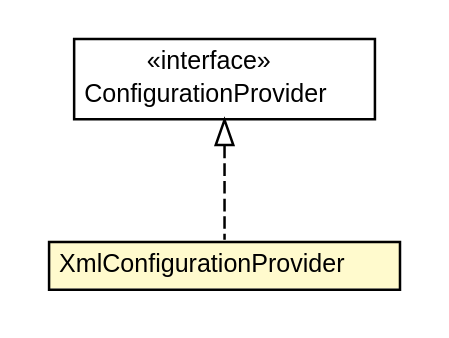
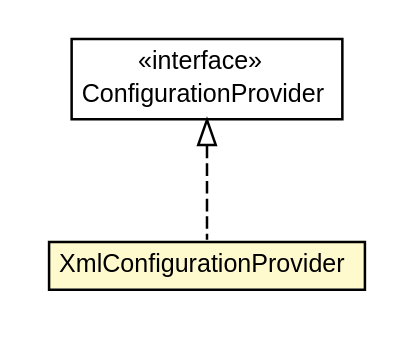
Before and after one commit to trajano/doxdb: the diagram in doxdb-core/apidocs/net/trajano/doxdb/ext/XmlConfigurationProvider.dot, drawn with Graphviz. The commit also changed 257 other files, not shown here.

```diff
--- a/doxdb-core/apidocs/net/trajano/doxdb/ext/XmlConfigurationProvider.dot
+++ b/doxdb-core/apidocs/net/trajano/doxdb/ext/XmlConfigurationProvider.dot
@@ -1,27 +1,27 @@
 #!/usr/local/bin/dot
 #
 # Class diagram 
 # Generated by UMLGraph version R5_6-24-gf6e263 (http://www.umlgraph.org/)
 #
 
 digraph G {
-	edge [fontname="Helvetica",fontsize=10,labelfontname="Helvetica",labelfontsize=10];
-	node [fontname="Helvetica",fontsize=10,shape=plaintext];
+	edge [fontname="arial",fontsize=10,labelfontname="arial",labelfontsize=10];
+	node [fontname="arial",fontsize=10,shape=plaintext];
 	nodesep=0.25;
 	ranksep=0.5;
 	// net.trajano.doxdb.ext.XmlConfigurationProvider
-	c566 [label=<<table title="net.trajano.doxdb.ext.XmlConfigurationProvider" border="0" cellborder="1" cellspacing="0" cellpadding="2" port="p" bgcolor="lemonChiffon" href="./XmlConfigurationProvider.html">
+	c610 [label=<<table title="net.trajano.doxdb.ext.XmlConfigurationProvider" border="0" cellborder="1" cellspacing="0" cellpadding="2" port="p" bgcolor="lemonChiffon" href="./XmlConfigurationProvider.html">
 		<tr><td><table border="0" cellspacing="0" cellpadding="1">
 <tr><td align="center" balign="center"> XmlConfigurationProvider </td></tr>
 		</table></td></tr>
-		</table>>, URL="./XmlConfigurationProvider.html", fontname="Helvetica", fontcolor="black", fontsize=10.0];
+		</table>>, URL="./XmlConfigurationProvider.html", fontname="arial", fontcolor="black", fontsize=10.0];
 	// net.trajano.doxdb.ext.ConfigurationProvider
-	c572 [label=<<table title="net.trajano.doxdb.ext.ConfigurationProvider" border="0" cellborder="1" cellspacing="0" cellpadding="2" port="p" href="./ConfigurationProvider.html">
+	c616 [label=<<table title="net.trajano.doxdb.ext.ConfigurationProvider" border="0" cellborder="1" cellspacing="0" cellpadding="2" port="p" href="./ConfigurationProvider.html">
 		<tr><td><table border="0" cellspacing="0" cellpadding="1">
 <tr><td align="center" balign="center"> &#171;interface&#187; </td></tr>
 <tr><td align="center" balign="center"> ConfigurationProvider </td></tr>
 		</table></td></tr>
-		</table>>, URL="./ConfigurationProvider.html", fontname="Helvetica", fontcolor="black", fontsize=10.0];
+		</table>>, URL="./ConfigurationProvider.html", fontname="arial", fontcolor="black", fontsize=10.0];
 	//net.trajano.doxdb.ext.XmlConfigurationProvider implements net.trajano.doxdb.ext.ConfigurationProvider
-	c572:p -> c566:p [dir=back,arrowtail=empty,style=dashed];
+	c616:p -> c610:p [dir=back,arrowtail=empty,style=dashed];
 }
```
